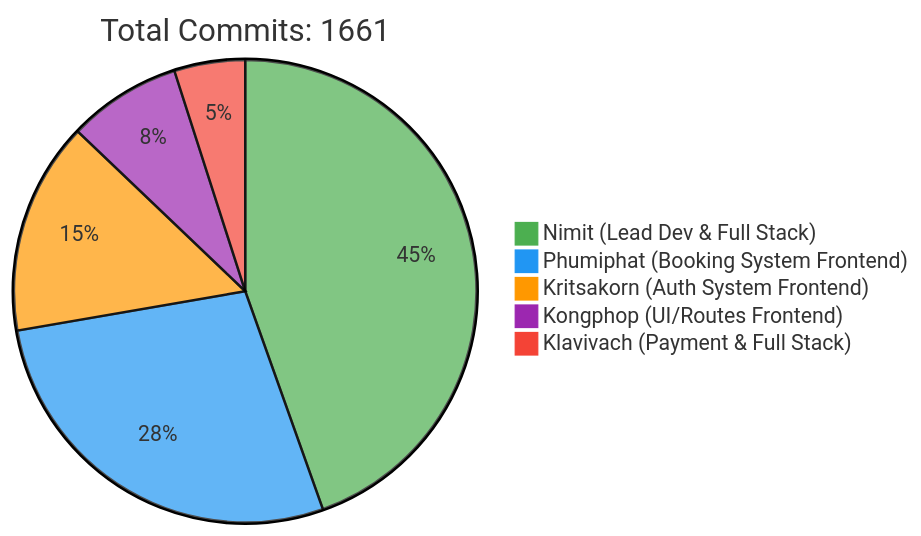
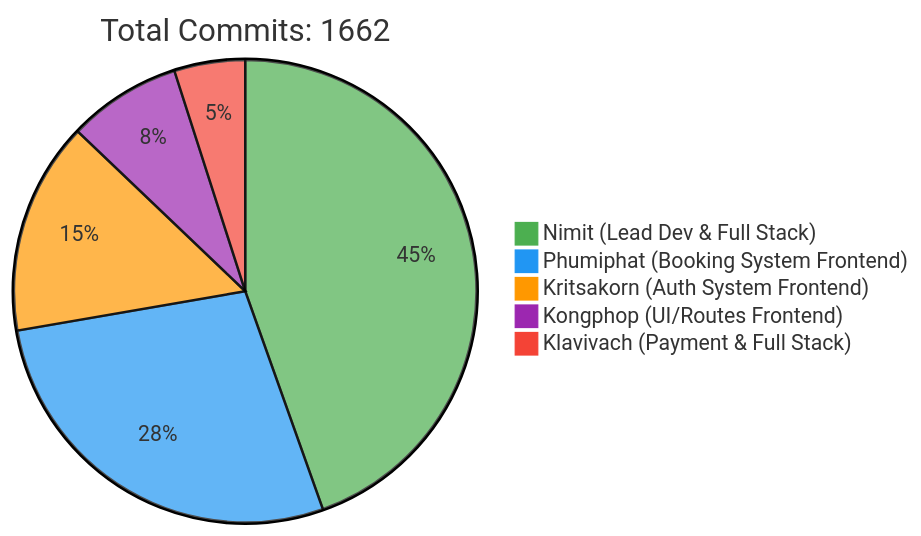
Before and after one commit to 6531503042/Sport-Complex: the first of 2 diagrams in README.md, drawn with Mermaid. The commit also changed other lines of this file, not shown here.

Commit message:
docs: Update contributor statistics [skip ci]

````diff
--- a/README.md
+++ b/README.md
@@ -257,10 +257,10 @@
 ```mermaid
 %%{init: {'theme': 'base', 'themeVariables': { 'pie1': '#4CAF50', 'pie2': '#2196F3', 'pie3': '#FF9800', 'pie4': '#9C27B0', 'pie5': '#F44336'}}}%%
 pie
-    title Total Commits: 1661
+    title Total Commits: 1662
     "Nimit (Lead Dev & Full Stack)" : 450
     "Phumiphat (Booking System Frontend)" : 280
     "Kritsakorn (Auth System Frontend)" : 150
     "Kongphop (UI/Routes Frontend)" : 80
     "Klavivach (Payment & Full Stack)" : 50
 ```
````
